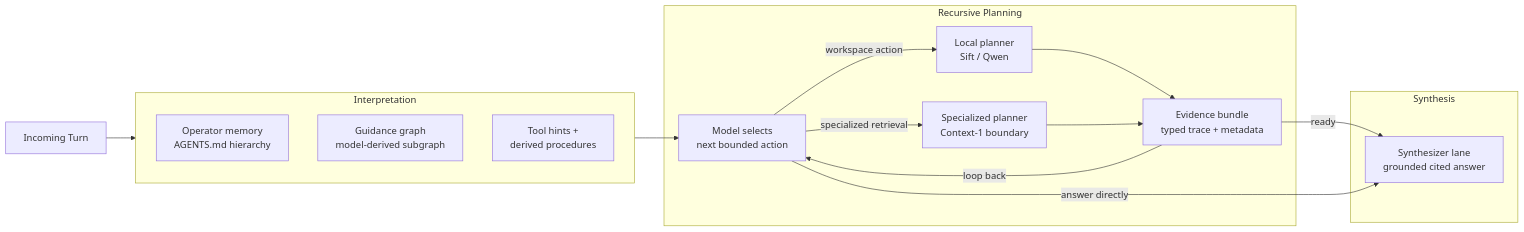
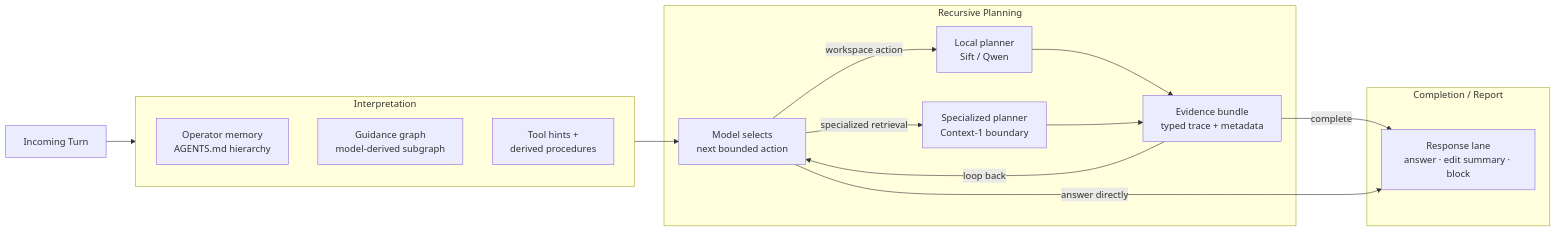
The second of 6 diagrams in README.md (spoke-sh/paddles), drawn with Mermaid before and after one commit. The commit also changed other lines of this file, not shown here.

````diff
--- a/README.md
+++ b/README.md
@@ -63,28 +97,28 @@
 ```mermaid
 flowchart LR
     Turn["Incoming Turn"]
 
     subgraph Interpret ["Interpretation"]
         Memory["Operator memory<br/>AGENTS.md hierarchy"]
         Graph["Guidance graph<br/>model-derived subgraph"]
         Hints["Tool hints +<br/>derived procedures"]
     end
 
     subgraph Plan ["Recursive Planning"]
         Decide["Model selects<br/>next bounded action"]
         Local["Local planner<br/>Sift / Qwen"]
         Heavy["Specialized planner<br/>Context-1 boundary"]
         Evidence["Evidence bundle<br/>typed trace + metadata"]
     end
 
-    subgraph Finish ["Synthesis"]
-        Synth["Synthesizer lane<br/>grounded cited answer"]
+    subgraph Finish ["Completion / Report"]
+        Synth["Response lane<br/>answer · edit summary · block"]
     end
 
     Turn --> Interpret --> Decide
     Decide -->|"workspace action"| Local --> Evidence
     Decide -->|"specialized retrieval"| Heavy --> Evidence
     Evidence -->|"loop back"| Decide
-    Evidence -->|"ready"| Synth
+    Evidence -->|"complete"| Synth
     Decide -->|"answer directly"| Synth
 ```
````
